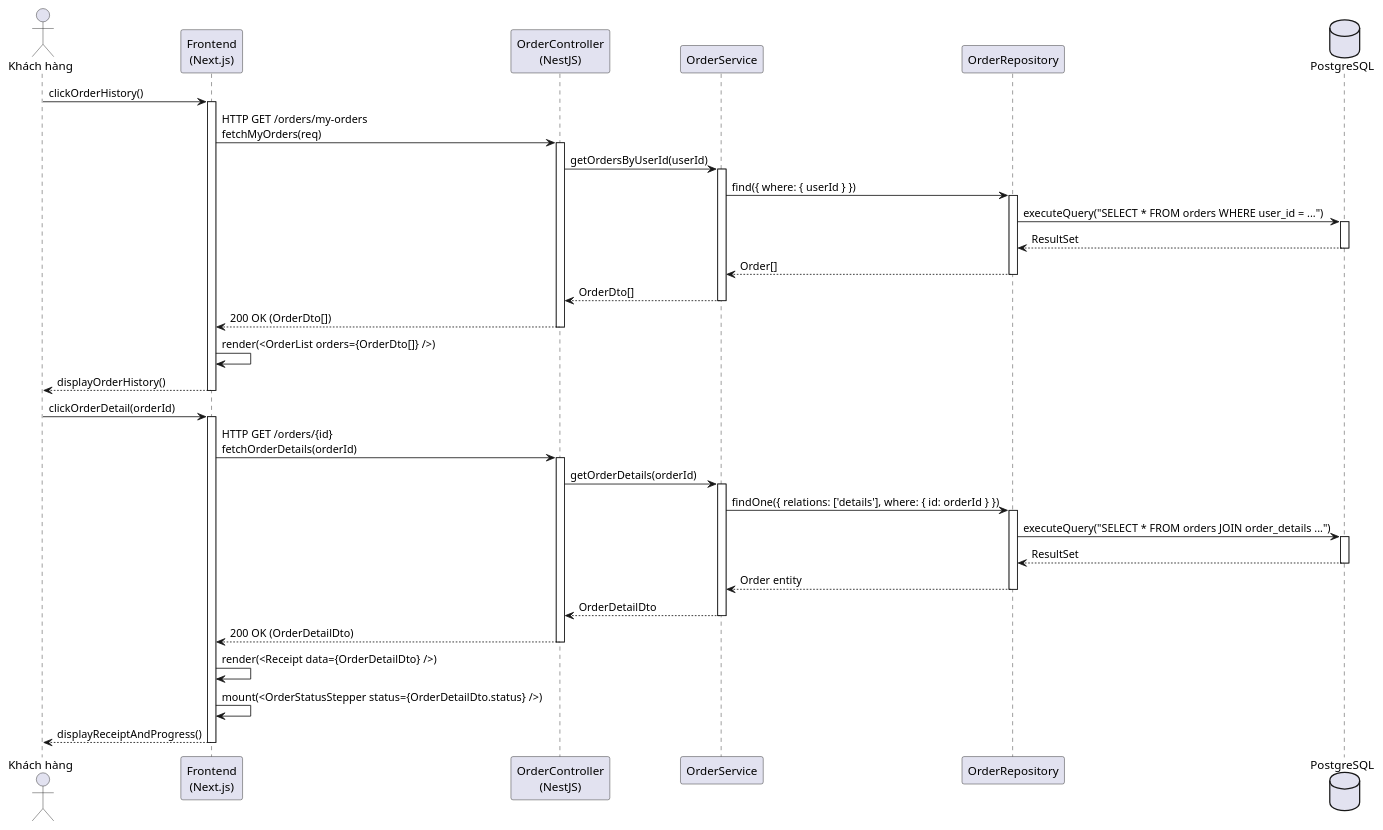
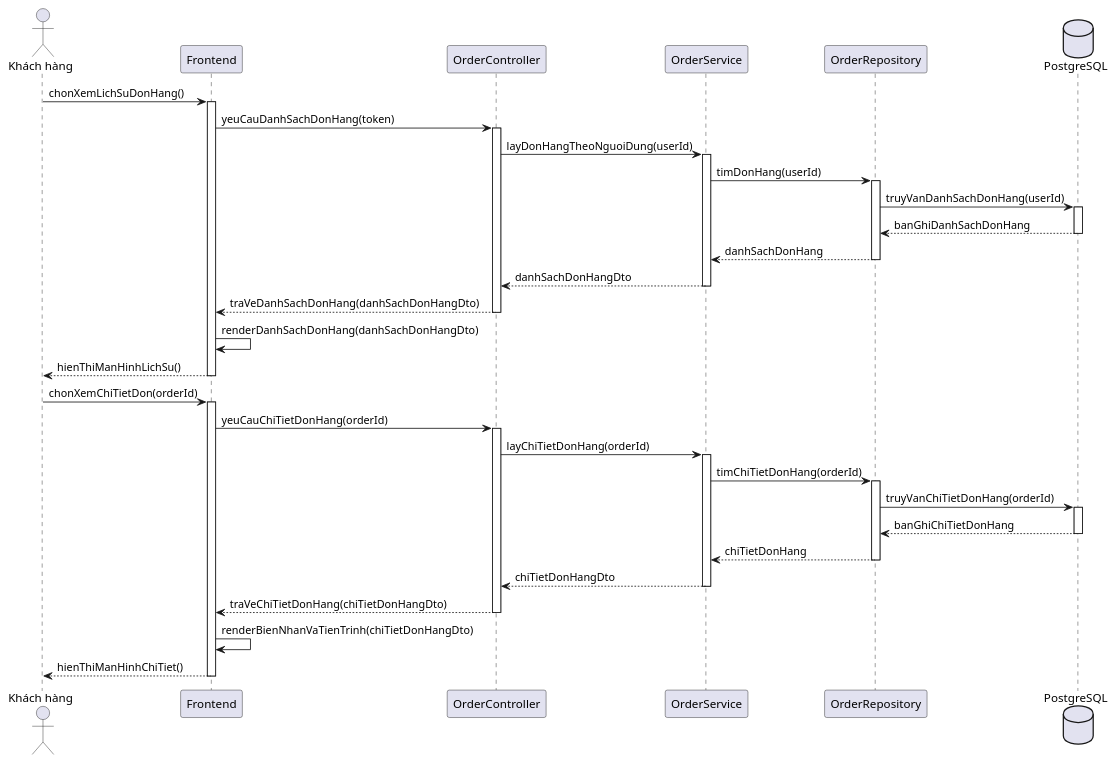
Before and after one commit to Phuc280106/BrewLite2: the diagram in docs/diagrams/transaction/sequence-order-history.puml, drawn with PlantUML. The commit also changed 3 other files, not shown here.

Commit message:
docs(diagrams): cập nhật sơ đồ activity và sequence theo chuẩn nghiệp vụ tiếng Việt

```diff
--- a/docs/diagrams/transaction/sequence-order-history.puml
+++ b/docs/diagrams/transaction/sequence-order-history.puml
@@ -1,62 +1,61 @@
 @startuml
 actor "Khách hàng" as Customer
-participant "Frontend\n(Next.js)" as UI
-participant "OrderController\n(NestJS)" as Controller
+participant "Frontend" as UI
+participant "OrderController" as Controller
 participant "OrderService" as Service
 participant "OrderRepository" as Repo
 database "PostgreSQL" as DB
 
-Customer -> UI : clickOrderHistory()
+Customer -> UI : chonXemLichSuDonHang()
 activate UI
-UI -> Controller : HTTP GET /orders/my-orders\nfetchMyOrders(req)
+UI -> Controller : yeuCauDanhSachDonHang(token)
 activate Controller
 
-Controller -> Service : getOrdersByUserId(userId)
+Controller -> Service : layDonHangTheoNguoiDung(userId)
 activate Service
 
-Service -> Repo : find({ where: { userId } })
+Service -> Repo : timDonHang(userId)
 activate Repo
-Repo -> DB : executeQuery("SELECT * FROM orders WHERE user_id = ...")
+Repo -> DB : truyVanDanhSachDonHang(userId)
 activate DB
-DB --> Repo : ResultSet
+DB --> Repo : banGhiDanhSachDonHang
 deactivate DB
-Repo --> Service : Order[]
+Repo --> Service : danhSachDonHang
 deactivate Repo
 
-Service --> Controller : OrderDto[]
+Service --> Controller : danhSachDonHangDto
 deactivate Service
 
-Controller --> UI : 200 OK (OrderDto[])
+Controller --> UI : traVeDanhSachDonHang(danhSachDonHangDto)
 deactivate Controller
-UI -> UI : render(<OrderList orders={OrderDto[]} />)
-UI --> Customer : displayOrderHistory()
+UI -> UI : renderDanhSachDonHang(danhSachDonHangDto)
+UI --> Customer : hienThiManHinhLichSu()
 deactivate UI
 
-Customer -> UI : clickOrderDetail(orderId)
+Customer -> UI : chonXemChiTietDon(orderId)
 activate UI
-UI -> Controller : HTTP GET /orders/{id}\nfetchOrderDetails(orderId)
+UI -> Controller : yeuCauChiTietDonHang(orderId)
 activate Controller
 
-Controller -> Service : getOrderDetails(orderId)
+Controller -> Service : layChiTietDonHang(orderId)
 activate Service
 
-Service -> Repo : findOne({ relations: ['details'], where: { id: orderId } })
+Service -> Repo : timChiTietDonHang(orderId)
 activate Repo
-Repo -> DB : executeQuery("SELECT * FROM orders JOIN order_details ...")
+Repo -> DB : truyVanChiTietDonHang(orderId)
 activate DB
-DB --> Repo : ResultSet
+DB --> Repo : banGhiChiTietDonHang
 deactivate DB
-Repo --> Service : Order entity
+Repo --> Service : chiTietDonHang
 deactivate Repo
 
-Service --> Controller : OrderDetailDto
+Service --> Controller : chiTietDonHangDto
 deactivate Service
 
-Controller --> UI : 200 OK (OrderDetailDto)
+Controller --> UI : traVeChiTietDonHang(chiTietDonHangDto)
 deactivate Controller
 
-UI -> UI : render(<Receipt data={OrderDetailDto} />)
-UI -> UI : mount(<OrderStatusStepper status={OrderDetailDto.status} />)
-UI --> Customer : displayReceiptAndProgress()
+UI -> UI : renderBienNhanVaTienTrinh(chiTietDonHangDto)
+UI --> Customer : hienThiManHinhChiTiet()
 deactivate UI
 @enduml
```
